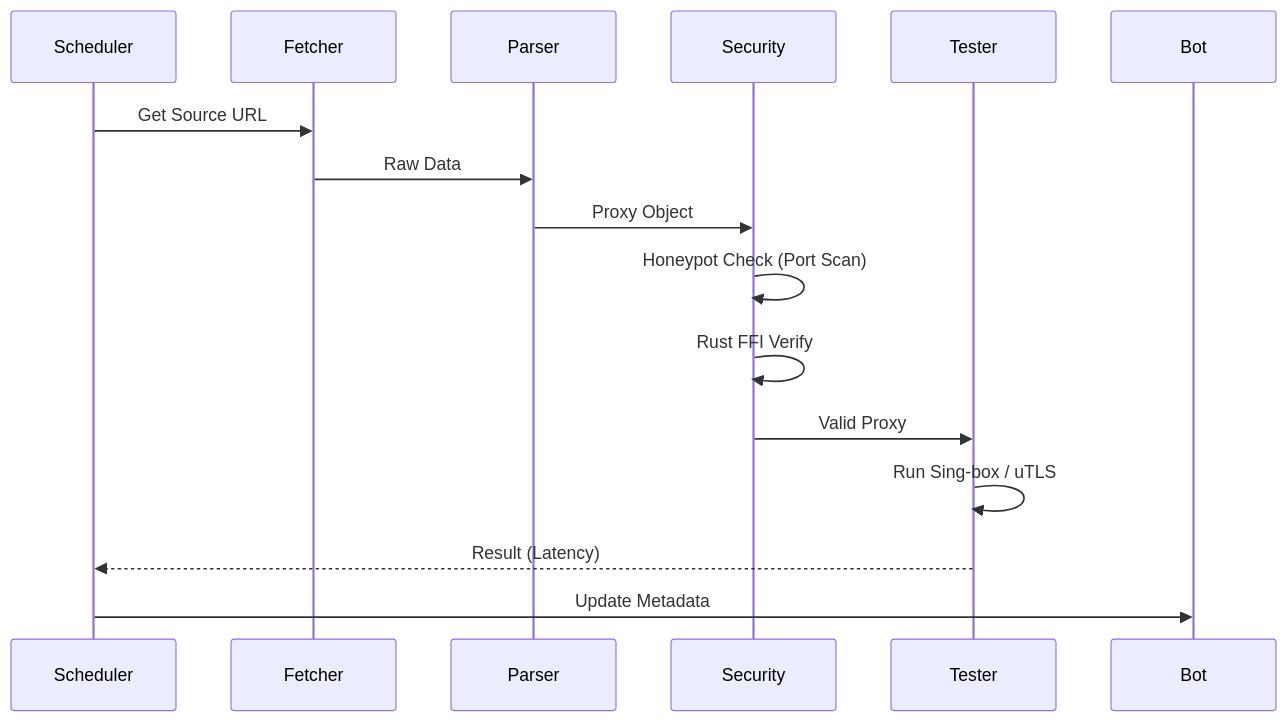
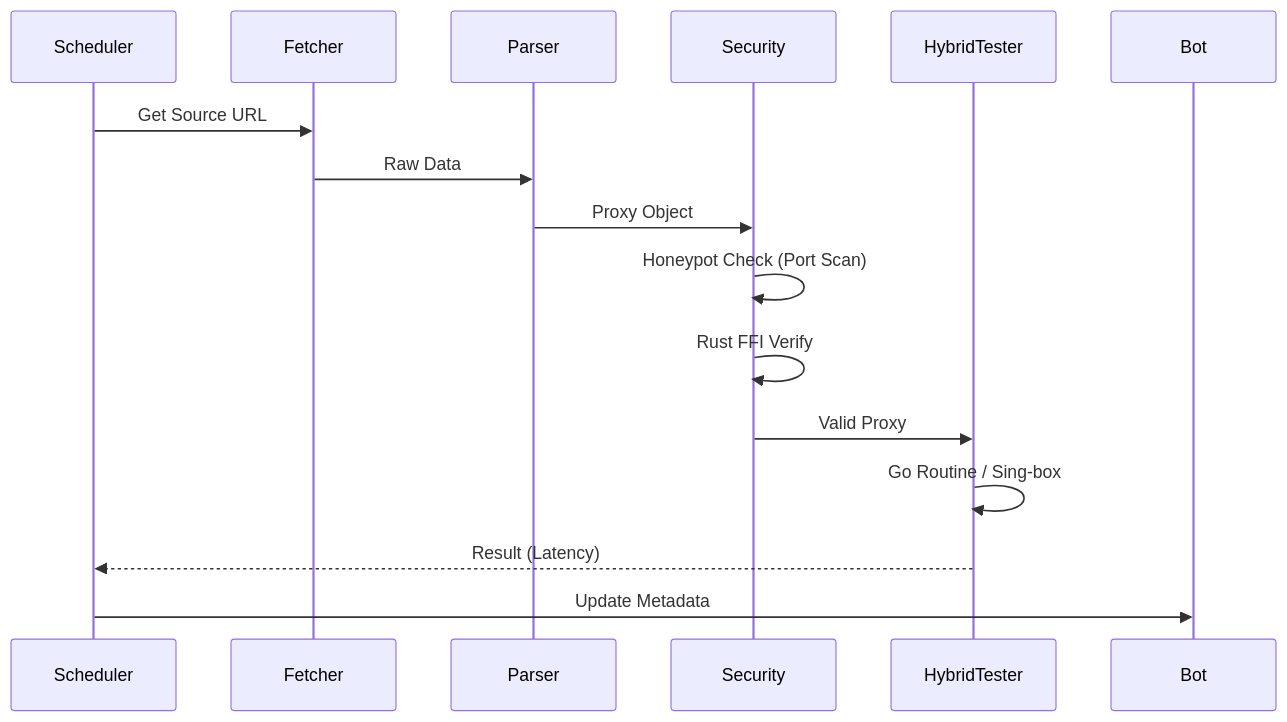
Before and after one commit to AmirrezaFarnamTaheri/ConfigStream: the second of 2 diagrams in docs/wiki/02-architecture.md, drawn with Mermaid. The commit also changed other lines of this file and 44 other files, not shown here.

First line of the commit message:
Update architecture to 'Resilient Core' hybrid engine and enhance test coverage to >95%

````diff
--- a/docs/wiki/02-architecture.md
+++ b/docs/wiki/02-architecture.md
@@ -85,19 +92,19 @@
 ```mermaid
 sequenceDiagram
     participant Scheduler
     participant Fetcher
     participant Parser
     participant Security
-    participant Tester
+    participant HybridTester
     participant Bot
 
     Scheduler->>Fetcher: Get Source URL
     Fetcher->>Parser: Raw Data
     Parser->>Security: Proxy Object
     Security->>Security: Honeypot Check (Port Scan)
     Security->>Security: Rust FFI Verify
-    Security->>Tester: Valid Proxy
-    Tester->>Tester: Run Sing-box / uTLS
-    Tester-->>Scheduler: Result (Latency)
+    Security->>HybridTester: Valid Proxy
+    HybridTester->>HybridTester: Go Routine / Sing-box
+    HybridTester-->>Scheduler: Result (Latency)
     Scheduler->>Bot: Update Metadata
 ```
````
